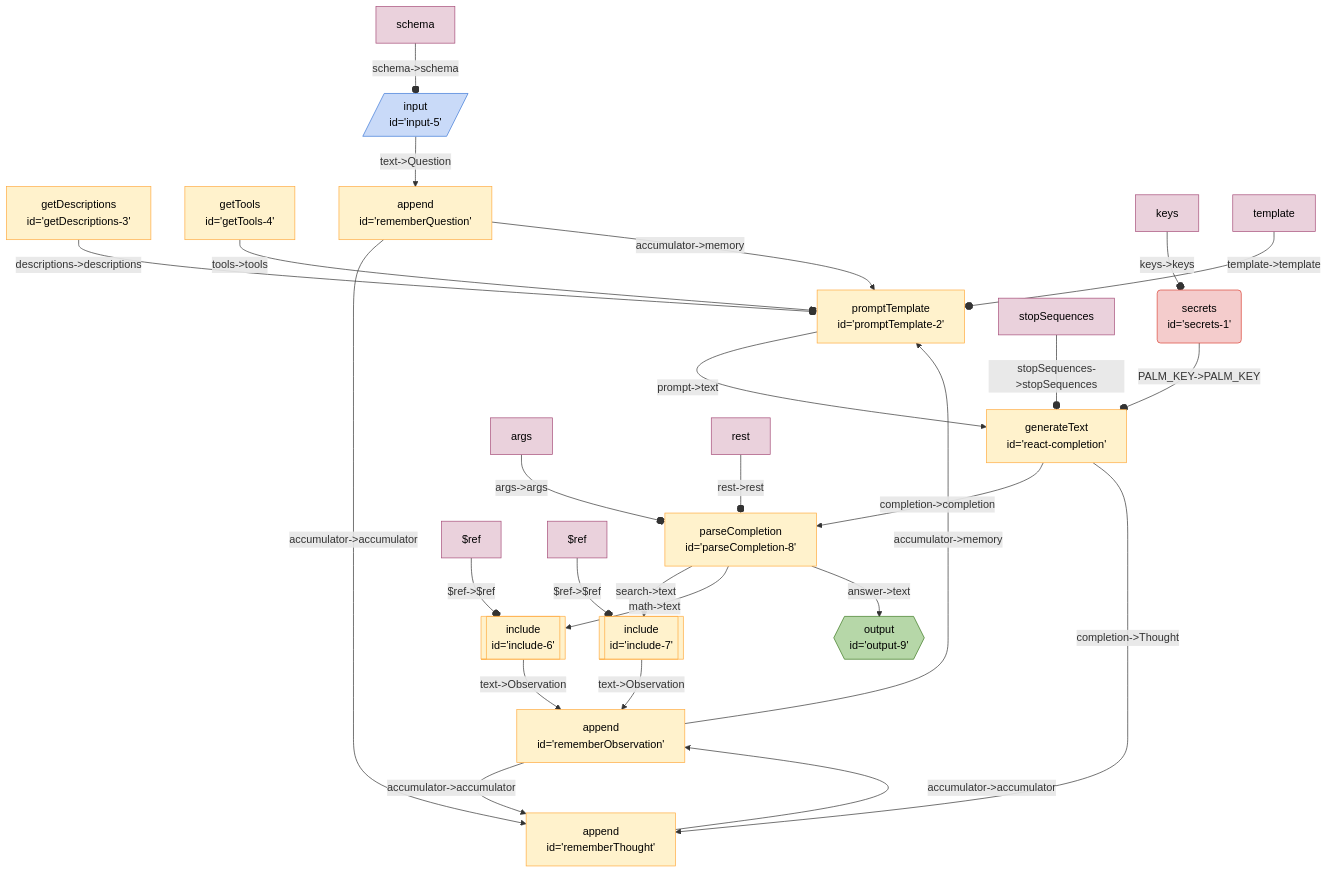
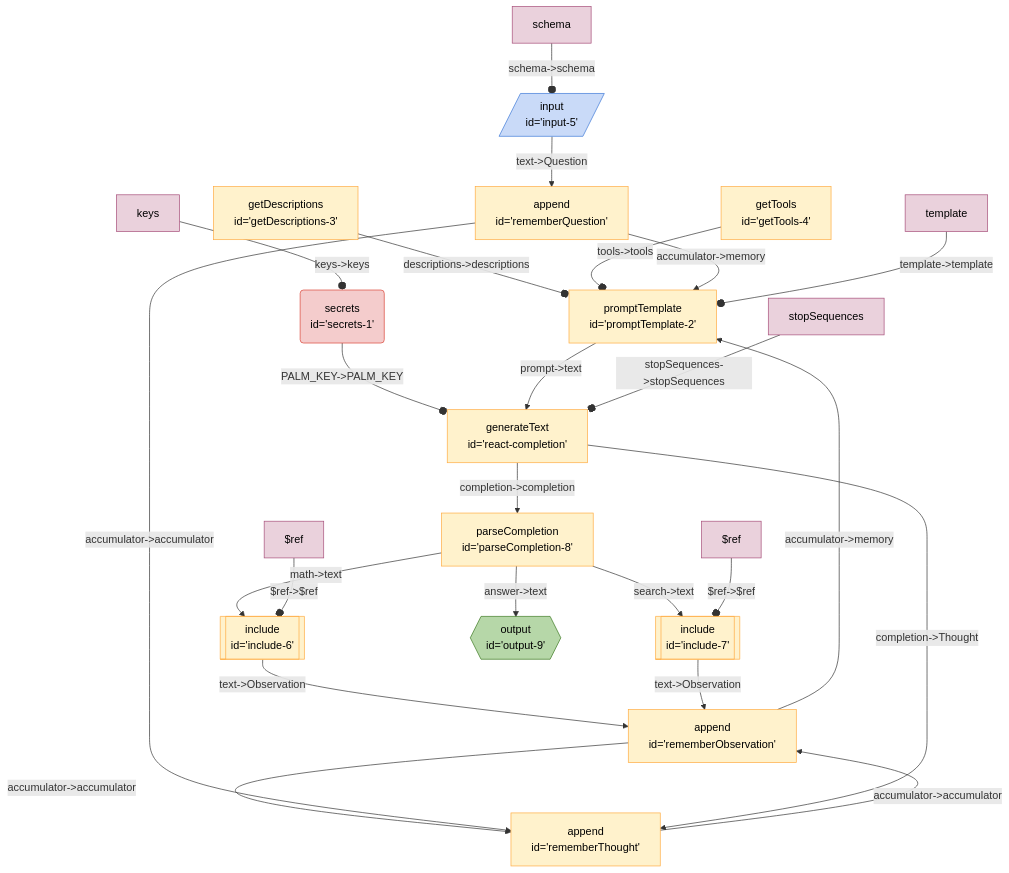
The diagram in seeds/graph-playground/docs/graphs/react-with-include.md (breadboard-ai/breadboard), drawn with Mermaid before and after one commit. The commit also changed 9 other files, not shown here.

Commit message:
[lambda, cleanup] update sample graphs

````diff
--- a/seeds/graph-playground/docs/graphs/react-with-include.md
+++ b/seeds/graph-playground/docs/graphs/react-with-include.md
@@ -5,37 +5,35 @@
   ```mermaid
   %%{init: 'themeVariables': { 'fontFamily': 'Fira Code, monospace' }}%%
 graph TD;
 getDescriptions3["getDescriptions <br> id='getDescriptions-3'"] -- "descriptions->descriptions" --o promptTemplate2["promptTemplate <br> id='promptTemplate-2'"]
 getTools4["getTools <br> id='getTools-4'"] -- "tools->tools" --o promptTemplate2["promptTemplate <br> id='promptTemplate-2'"]
 rememberObservation["append <br> id='rememberObservation'"] -- "accumulator->memory" --> promptTemplate2["promptTemplate <br> id='promptTemplate-2'"]
 rememberThought["append <br> id='rememberThought'"] -- "accumulator->accumulator" --> rememberObservation["append <br> id='rememberObservation'"]
 rememberObservation["append <br> id='rememberObservation'"] -- "accumulator->accumulator" --> rememberThought["append <br> id='rememberThought'"]
 rememberQuestion["append <br> id='rememberQuestion'"] -- "accumulator->accumulator" --> rememberThought["append <br> id='rememberThought'"]
 rememberQuestion["append <br> id='rememberQuestion'"] -- "accumulator->memory" --> promptTemplate2["promptTemplate <br> id='promptTemplate-2'"]
 input5[/"input <br> id='input-5'"/]:::input -- "text->Question" --> rememberQuestion["append <br> id='rememberQuestion'"]
 secrets1("secrets <br> id='secrets-1'"):::secrets -- "PALM_KEY->PALM_KEY" --o reactcompletion["generateText <br> id='react-completion'"]
 include6[["include <br> id='include-6'"]]:::include -- "text->Observation" --> rememberObservation["append <br> id='rememberObservation'"]
 include7[["include <br> id='include-7'"]]:::include -- "text->Observation" --> rememberObservation["append <br> id='rememberObservation'"]
 parseCompletion8["parseCompletion <br> id='parseCompletion-8'"] -- "search->text" --> include7[["include <br> id='include-7'"]]:::include
 parseCompletion8["parseCompletion <br> id='parseCompletion-8'"] -- "math->text" --> include6[["include <br> id='include-6'"]]:::include
 parseCompletion8["parseCompletion <br> id='parseCompletion-8'"] -- "answer->text" --> output9{{"output <br> id='output-9'"}}:::output
 reactcompletion["generateText <br> id='react-completion'"] -- "completion->completion" --> parseCompletion8["parseCompletion <br> id='parseCompletion-8'"]
 reactcompletion["generateText <br> id='react-completion'"] -- "completion->Thought" --> rememberThought["append <br> id='rememberThought'"]
 promptTemplate2["promptTemplate <br> id='promptTemplate-2'"] -- "prompt->text" --> reactcompletion["generateText <br> id='react-completion'"]
 keyssecrets1[keys]:::config -- "keys->keys" --o secrets1
 templatepromptTemplate2[template]:::config -- "template->template" --o promptTemplate2
 schemainput5[schema]:::config -- "schema->schema" --o input5
 stopSequencesreactcompletion[stopSequences]:::config -- "stopSequences->stopSequences" --o reactcompletion
 $refinclude6[$ref]:::config -- "$ref->$ref" --o include6
 $refinclude7[$ref]:::config -- "$ref->$ref" --o include7
-argsparseCompletion8[args]:::config -- "args->args" --o parseCompletion8
-restparseCompletion8[rest]:::config -- "rest->rest" --o parseCompletion8
 classDef default stroke:#ffab40,fill:#fff2ccff,color:#000
 classDef input stroke:#3c78d8,fill:#c9daf8ff,color:#000
 classDef output stroke:#38761d,fill:#b6d7a8ff,color:#000
 classDef passthrough stroke:#a64d79,fill:#ead1dcff,color:#000
 classDef slot stroke:#a64d79,fill:#ead1dcff,color:#000
 classDef config stroke:#a64d79,fill:#ead1dcff,color:#000
 classDef secrets stroke:#db4437,fill:#f4cccc,color:#000
 classDef slotted stroke:#a64d79
   ```
````
